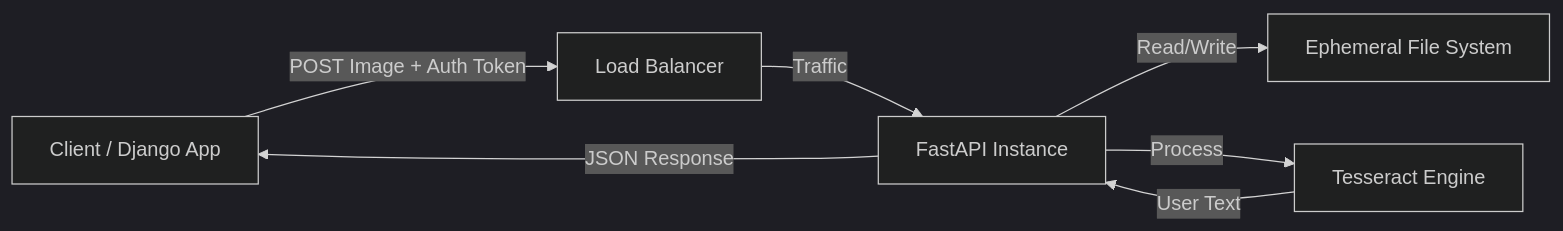
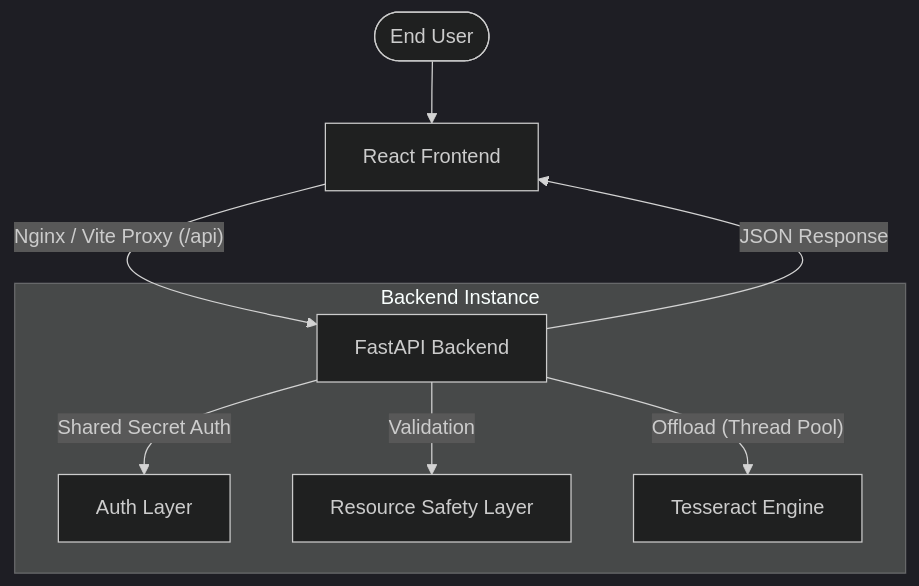
One commit to mo-hossam-stack/fastapi-ocr-microservice changed the diagram in README.md. Above: the diagram before and after it, drawn with Mermaid (dark theme). The commit also changed other lines of this file, not shown here.

````diff
--- a/README.md
+++ b/README.md
@@ -25,9 +100,13 @@
 ```mermaid
-graph LR
-    Client[Client / Django App] -- POST Image + Auth Token --> LB[Load Balancer]
-    LB -- Traffic --> API[FastAPI Instance]
-    API -- Read/Write --> FS[Ephemeral File System]
-    API -- Process --> OCR[Tesseract Engine]
-    OCR -- User Text --> API
-    API -- JSON Response --> Client
+graph TD
+    User([End User]) --> Frontend[React Frontend]
+    Frontend -- "Nginx / Vite Proxy (/api)" --> Backend[FastAPI Backend]
+
+    subgraph "Backend Instance"
+        Backend -- "Shared Secret Auth" --> Auth[Auth Layer]
+        Backend -- "Validation" --> Pydantic[Resource Safety Layer]
+        Backend -- "Offload (Thread Pool)" --> Tesseract[Tesseract Engine]
+    end
+
+    Backend -- "JSON Response" --> Frontend
 ```
````
